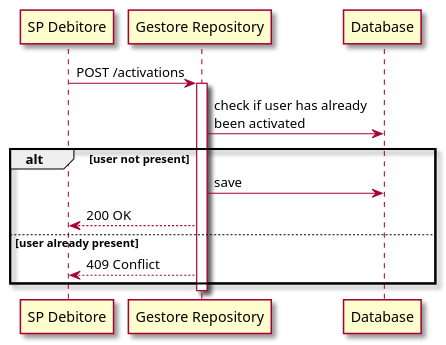
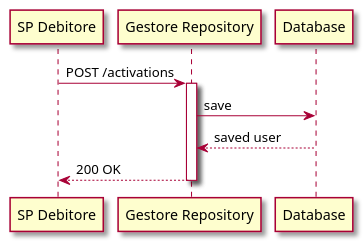
One commit to pagopa/rtp-docs changed the diagram in diagrams/activation.puml. Above: the diagram before and after it, drawn with PlantUML.

```diff
--- a/diagrams/activation.puml
+++ b/diagrams/activation.puml
@@ -1,23 +1,19 @@
 @startuml
 
 skin rose
 participant "SP Debitore" as SPD
 participant "Gestore Repository" as GR
 participant "Database" as DB
 
 SPD -> GR: POST /activations
 
 activate GR
-GR -> DB: check if user has already\nbeen activated
 
-alt user not present
 GR -> DB: save
+DB --> GR: saved user
+
 GR --> SPD : 200 OK
-
-else user already present
-GR --> SPD : 409 Conflict
-end
 
 deactivate GR
 
 @enduml
```
